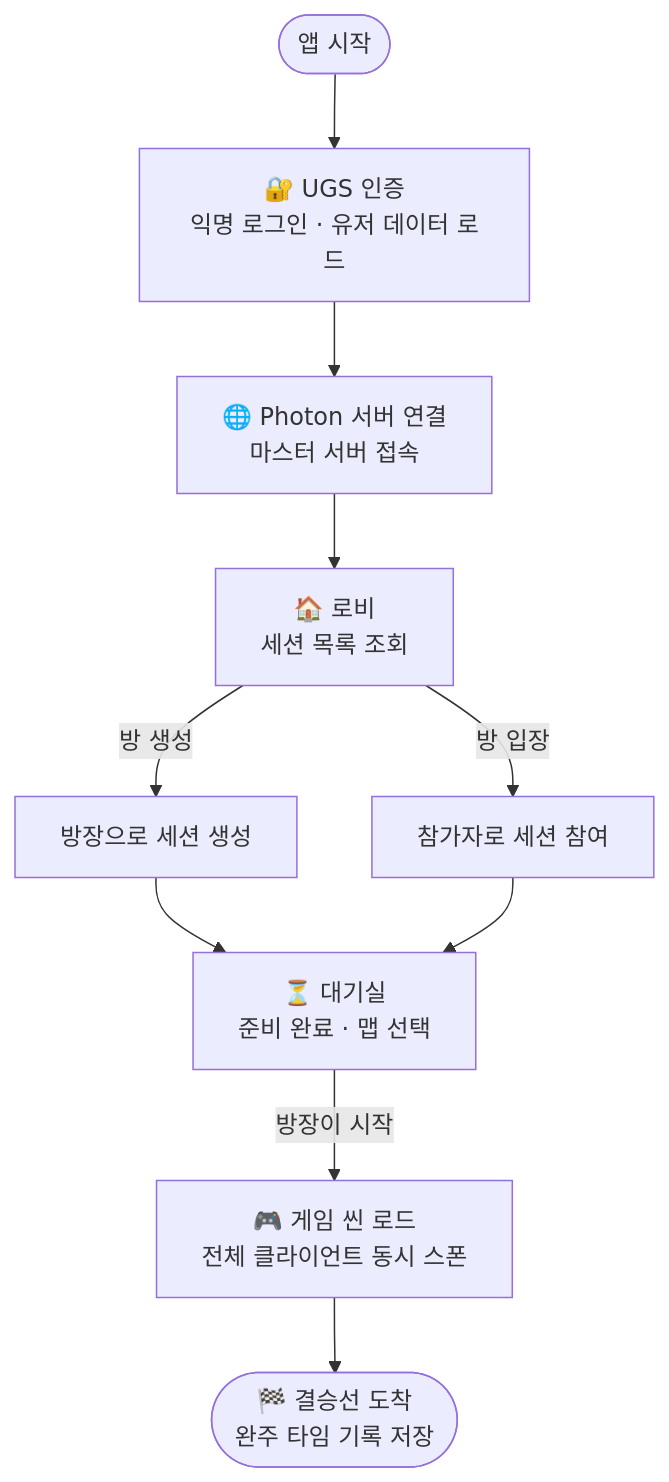
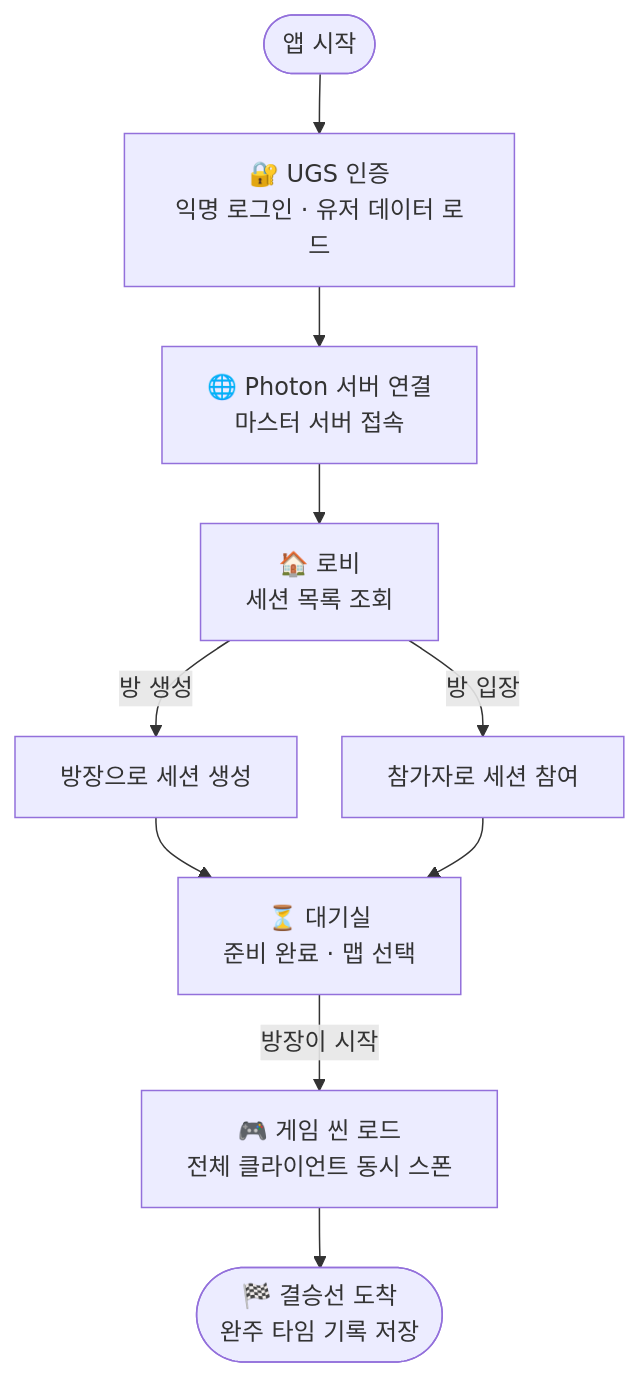
The second of 2 diagrams in README.md (Kimwonbeom0102/unity-networking-photon), drawn with Mermaid before and after one commit. The commit also changed other lines of this file, not shown here.

````diff
--- a/README.md
+++ b/README.md
@@ -83,25 +81,19 @@
 ```mermaid
+%%{init: {'theme': 'default', 'flowchart': {'nodeSpacing': 30, 'rankSpacing': 40}}}%%
 flowchart TD
     A([앱 시작]) --> B
-
     B["🔐 UGS 인증\n익명 로그인 · 유저 데이터 로드"]
     B --> C
-
     C["🌐 Photon 서버 연결\n마스터 서버 접속"]
     C --> D
-
     D["🏠 로비\n세션 목록 조회"]
     D -->|방 생성| E1["방장으로 세션 생성"]
     D -->|방 입장| E2["참가자로 세션 참여"]
-
     E1 --> F
     E2 --> F
-
     F["⏳ 대기실\n준비 완료 · 맵 선택"]
     F -->|방장이 시작| G
-
     G["🎮 게임 씬 로드\n전체 클라이언트 동시 스폰"]
     G --> H
-
     H(["🏁 결승선 도착\n완주 타임 기록 저장"])
 ```
````
